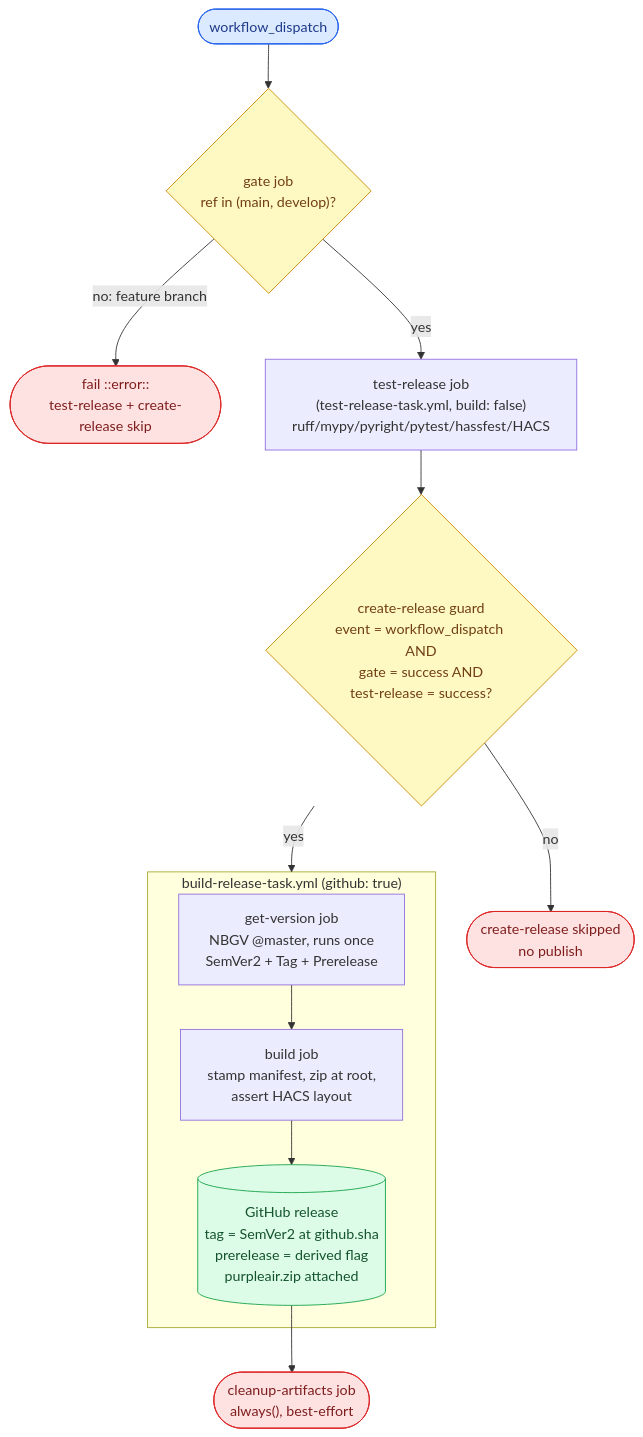
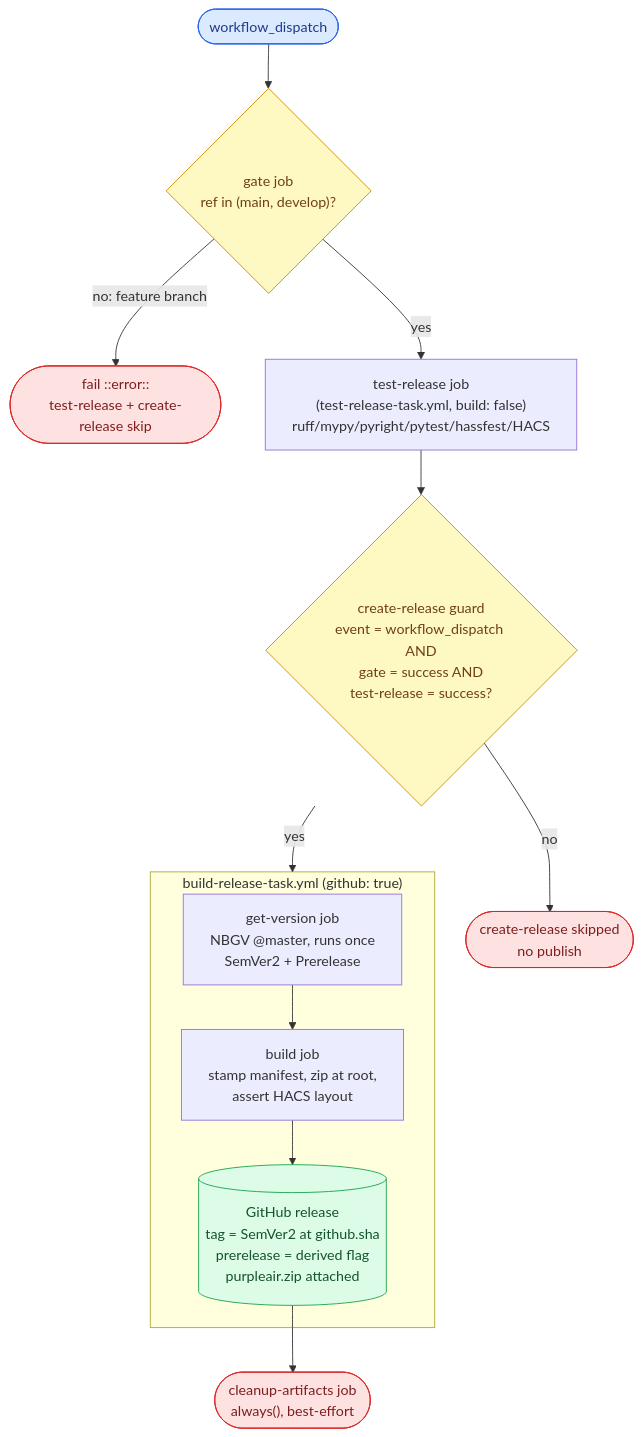
One commit to ptr727/homeassistant-purpleair changed the second of 4 diagrams in WORKFLOW.md. Above: the diagram before and after it, drawn with Mermaid. The commit also changed other lines of this file and 1 other file, not shown here.

Commit message:
Version the Triggering Commit Rather Than the Branch Tip
Passing github.ref as the task's ref checks out the branch tip at fetch time, so a merge landing mid-run versions a different commit than the one built and tagged. Leaving ref empty keeps the task on github.sha. The D0 diagram drops the removed Tag output.

````diff
--- a/WORKFLOW.md
+++ b/WORKFLOW.md
@@ -297,18 +297,18 @@
 ```mermaid
 flowchart TD
     WD(["workflow_dispatch"]):::trig --> GT{"gate job<br/>ref in (main, develop)?"}:::gate
     GT -- "no: feature branch" --> GX(["fail ::error::<br/>test-release + create-release skip"]):::stop
     GT -- "yes" --> TR
     TR["test-release job<br/>(test-release-task.yml, build: false)<br/>ruff/mypy/pyright/pytest/hassfest/HACS"] --> CG{"create-release guard<br/>event = workflow_dispatch AND<br/>gate = success AND<br/>test-release = success?"}:::gate
     CG -- "no" --> CSKIP(["create-release skipped<br/>no publish"]):::stop
     CG -- "yes" --> BRT
     subgraph BRT ["build-release-task.yml (github: true)"]
-        GV["get-version job<br/>NBGV @master, runs once<br/>SemVer2 + Tag + Prerelease"] --> BD["build job<br/>stamp manifest, zip at root,<br/>assert HACS layout"]
+        GV["get-version job<br/>NBGV @master, runs once<br/>SemVer2 + Prerelease"] --> BD["build job<br/>stamp manifest, zip at root,<br/>assert HACS layout"]
         BD --> REL[("GitHub release<br/>tag = SemVer2 at github.sha<br/>prerelease = derived flag<br/>purpleair.zip attached")]:::pub
     end
     REL --> CL(["cleanup-artifacts job<br/>always(), best-effort"]):::stop
     classDef trig fill:#dbeafe,stroke:#2563eb,color:#1e3a8a
     classDef gate fill:#fef9c3,stroke:#ca8a04,color:#713f12
     classDef pub fill:#dcfce7,stroke:#16a34a,color:#14532d
     classDef stop fill:#fee2e2,stroke:#dc2626,color:#7f1d1d
 ```
````
